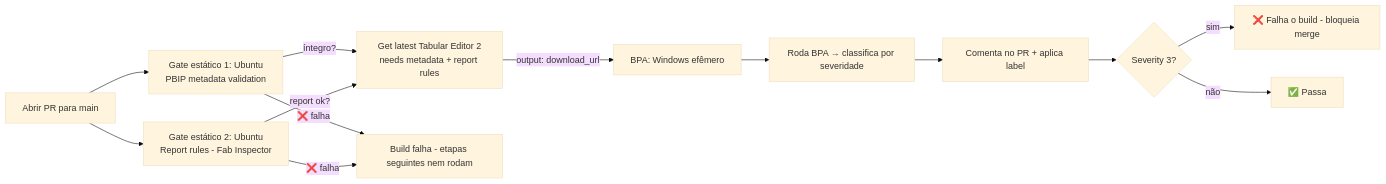
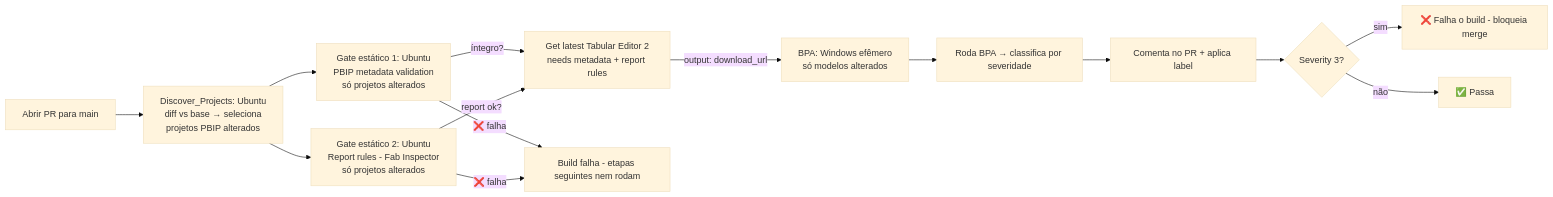
Before and after one commit to joaopedropeira/fabric-ci-cd: the diagram in docs/EXPLICACAO.md, drawn with Mermaid (base theme). The commit also changed other lines of this file and 10 other files, not shown here.

````diff
--- a/docs/EXPLICACAO.md
+++ b/docs/EXPLICACAO.md
@@ -48,15 +51,16 @@
 ```mermaid
 flowchart LR
-    A[Abrir PR para main] --> M[Gate estático 1: Ubuntu<br/>PBIP metadata validation]
-    A --> R[Gate estático 2: Ubuntu<br/>Report rules - Fab Inspector]
+    A[Abrir PR para main] --> P[Discover_Projects: Ubuntu<br/>diff vs base → seleciona<br/>projetos PBIP alterados]
+    P --> M[Gate estático 1: Ubuntu<br/>PBIP metadata validation<br/>só projetos alterados]
+    P --> R[Gate estático 2: Ubuntu<br/>Report rules - Fab Inspector<br/>só projetos alterados]
     M -->|íntegro?| C[Get latest Tabular Editor 2<br/>needs metadata + report rules]
     R -->|report ok?| C
     M -->|❌ falha| X[Build falha - etapas seguintes nem rodam]
     R -->|❌ falha| X
-    C -->|output: download_url| D[BPA: Windows efêmero]
+    C -->|output: download_url| D[BPA: Windows efêmero<br/>só modelos alterados]
     D --> E[Roda BPA → classifica por severidade]
     E --> G[Comenta no PR + aplica label]
     G --> H{Severity 3?}
     H -->|sim| I[❌ Falha o build - bloqueia merge]
     H -->|não| J[✅ Passa]
 ```
````
